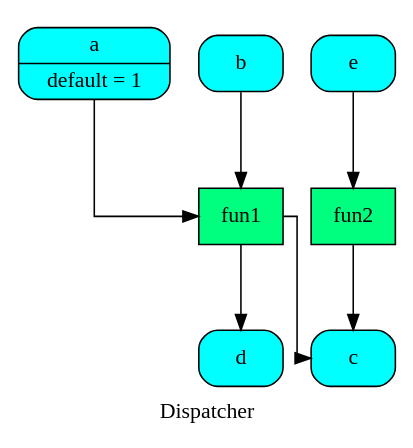
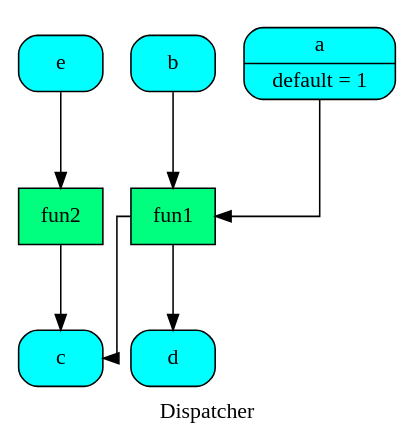
The diagram in doc/source/dispatcher/__init__/get_sub_dsp_from_workflow/dsp.dot (vinci1it2000/schedula), drawn with Graphviz before and after one commit. The commit also changed 25 other files, not shown here.

```diff
--- a/doc/source/dispatcher/__init__/get_sub_dsp_from_workflow/dsp.dot
+++ b/doc/source/dispatcher/__init__/get_sub_dsp_from_workflow/dsp.dot
@@ -1,19 +1,19 @@
 digraph Dispatcher {
 	graph [ratio=1]
 	node [style=filled]
+	splines = ortho
 	label = "Dispatcher"
-	splines = ortho
-		Dispatcher_2654594059259795776 [label="{ fun2  }" fillcolor=springgreen shape=record]
-		Dispatcher_7813220925901612792 [label="{ c  }" fillcolor=cyan shape=Mrecord]
-		"Dispatcher_-2531647229664915758" [label="{ fun1  }" fillcolor=springgreen shape=record]
-		"Dispatcher_-6776210645888712586" [label="{ a | default = 1 }" fillcolor=cyan shape=Mrecord]
-		Dispatcher_3634755706586891528 [label="{ b  }" fillcolor=cyan shape=Mrecord]
-		"Dispatcher_-2767360981463560080" [label="{ e  }" fillcolor=cyan shape=Mrecord]
-		"Dispatcher_-6038867426217595374" [label="{ d  }" fillcolor=cyan shape=Mrecord]
-			Dispatcher_2654594059259795776 -> Dispatcher_7813220925901612792
-			"Dispatcher_-2531647229664915758" -> Dispatcher_7813220925901612792
-			"Dispatcher_-2531647229664915758" -> "Dispatcher_-6038867426217595374"
-			"Dispatcher_-6776210645888712586" -> "Dispatcher_-2531647229664915758"
-			Dispatcher_3634755706586891528 -> "Dispatcher_-2531647229664915758"
-			"Dispatcher_-2767360981463560080" -> Dispatcher_2654594059259795776
+		"Dispatcher_-1600553766741042494" [label="{ e  }" fillcolor=cyan shape=Mrecord]
+		Dispatcher_8642698689935103924 [label="{ c  }" fillcolor=cyan shape=Mrecord]
+		Dispatcher_4091537378154039687 [label="{ b  }" fillcolor=cyan shape=Mrecord]
+		Dispatcher_6296734525852763240 [label="{ fun1  }" fillcolor=springgreen shape=record]
+		"Dispatcher_-6312532703608986113" [label="{ fun2  }" fillcolor=springgreen shape=record]
+		"Dispatcher_-1841214044933314468" [label="{ a | default = 1 }" fillcolor=cyan shape=Mrecord]
+		"Dispatcher_-4429513020801161489" [label="{ d  }" fillcolor=cyan shape=Mrecord]
+			"Dispatcher_-1600553766741042494" -> "Dispatcher_-6312532703608986113"
+			Dispatcher_4091537378154039687 -> Dispatcher_6296734525852763240
+			Dispatcher_6296734525852763240 -> Dispatcher_8642698689935103924
+			Dispatcher_6296734525852763240 -> "Dispatcher_-4429513020801161489"
+			"Dispatcher_-6312532703608986113" -> Dispatcher_8642698689935103924
+			"Dispatcher_-1841214044933314468" -> Dispatcher_6296734525852763240
 }
```
